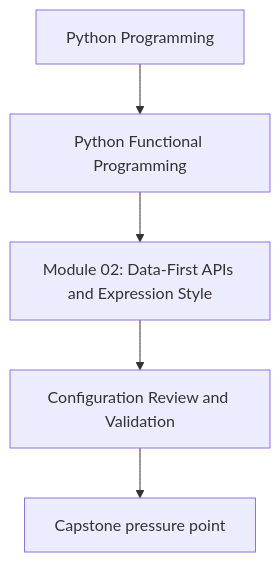
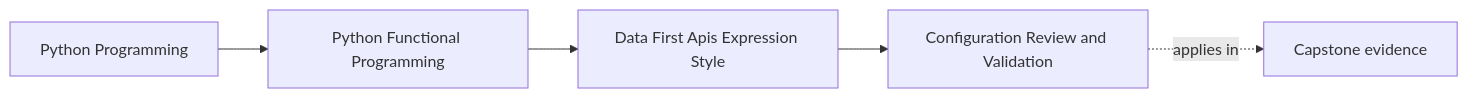
The first of 2 diagrams in programs/python-programming/python-functional-programming/course-book/module-02-data-first-apis-expression-style/configuration-review-and-validation.md (bijux/bijux-masterclass), drawn with Mermaid before and after one commit. The commit also changed other lines of this file and 73 other files, not shown here.

Commit message:
docs(python-functional-programming): map orientation through streaming foundations

````diff
--- a/programs/python-programming/python-functional-programming/course-book/module-02-data-first-apis-expression-style/configuration-review-and-validation.md
+++ b/programs/python-programming/python-functional-programming/course-book/module-02-data-first-apis-expression-style/configuration-review-and-validation.md
@@ -7,7 +7,11 @@
 ```mermaid
-flowchart TD
-  family["Python Programming"] --> program["Python Functional Programming"]
-  program --> module["Module 02: Data-First APIs and Expression Style"]
-  module --> concept["Configuration Review and Validation"]
-  concept --> capstone["Capstone pressure point"]
+graph LR
+  family["Python Programming"]
+  program["Python Functional Programming"]
+  section["Data First Apis Expression Style"]
+  page["Configuration Review and Validation"]
+  capstone["Capstone evidence"]
+
+  family --> program --> section --> page
+  page -.applies in.-> capstone
 ```
````
